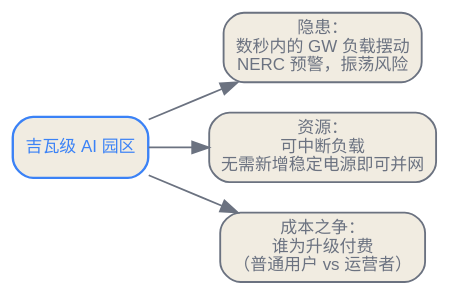
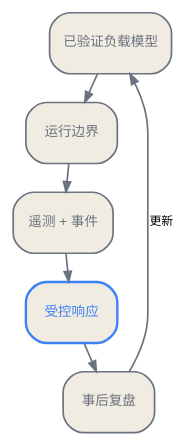
One commit to latere-ai/ai-as-an-infrastructure changed the third of 4 diagrams in zh/infrastructure/07-powering-it.qmd. Above: the diagram before and after it, drawn with Graphviz. The commit also changed other lines of this file and 3 other files, not shown here.

````diff
--- a/zh/infrastructure/07-powering-it.qmd
+++ b/zh/infrastructure/07-powering-it.qmd
@@ -69,19 +186,17 @@
 ```{dot}
-//| label: fig-powering-grid
-//| fig-cap: "把吉瓦园区看作一个两面的对象：一个电网必须吸收的可靠性隐患（数秒内的多吉瓦负载摆动），以及，潜在地，一种为了更快并网而中断的灵活资源。哪一面占上风，是本章的开放问题。"
-digraph grid {
-  rankdir=LR;
-  bgcolor="transparent";
-  node [shape=box, style="rounded,filled", fontname="Helvetica", fontsize=10, color="#6b7280", fontcolor="#6b7280", fillcolor="#f1ece1", penwidth=1.1];
-  edge [color="#6b7280", fontcolor="#6b7280", fontsize=9];
-
-  dc [label="吉瓦级 AI 园区", color="#3b82f6", fontcolor="#3b82f6", penwidth=1.4];
-  hazard [label="隐患：\n数秒内的 GW 负载摆动\nNERC 预警，振荡风险"];
-  flex   [label="资源：\n可中断负载\n无需新增稳定电源即可并网"];
-  cost   [label="成本之争：\n谁为升级付费\n（普通用户 vs 运营者）"];
-
-  dc -> hazard;
-  dc -> flex;
-  dc -> cost;
+//| label: fig-powering-control
+//| fig-cap: "大型负荷通过一条运行闭环变得可管理：验证行为、同步遥测、运行限制、受控响应与事后证据。"
+digraph {
+  bgcolor="transparent"; rankdir=TB;
+  nodesep=0.14; ranksep=0.18;
+  node [shape=box, style="rounded,filled", fontname="Helvetica", fontsize=8, margin="0.10,0.06", color="#6b7280", fontcolor="#6b7280", fillcolor="#f1ece1"];
+  edge [color="#6b7280", arrowsize=0.6];
+  model [label="已验证负载模型"];
+  limits [label="运行边界"];
+  telemetry [label="遥测 + 事件"];
+  response [label="受控响应", color="#3b82f6", fontcolor="#3b82f6", penwidth=1.4];
+  evidence [label="事后复盘"];
+  model -> limits -> telemetry -> response -> evidence;
+  evidence -> model [label=" 更新", fontsize=7];
 }
 ```
````
